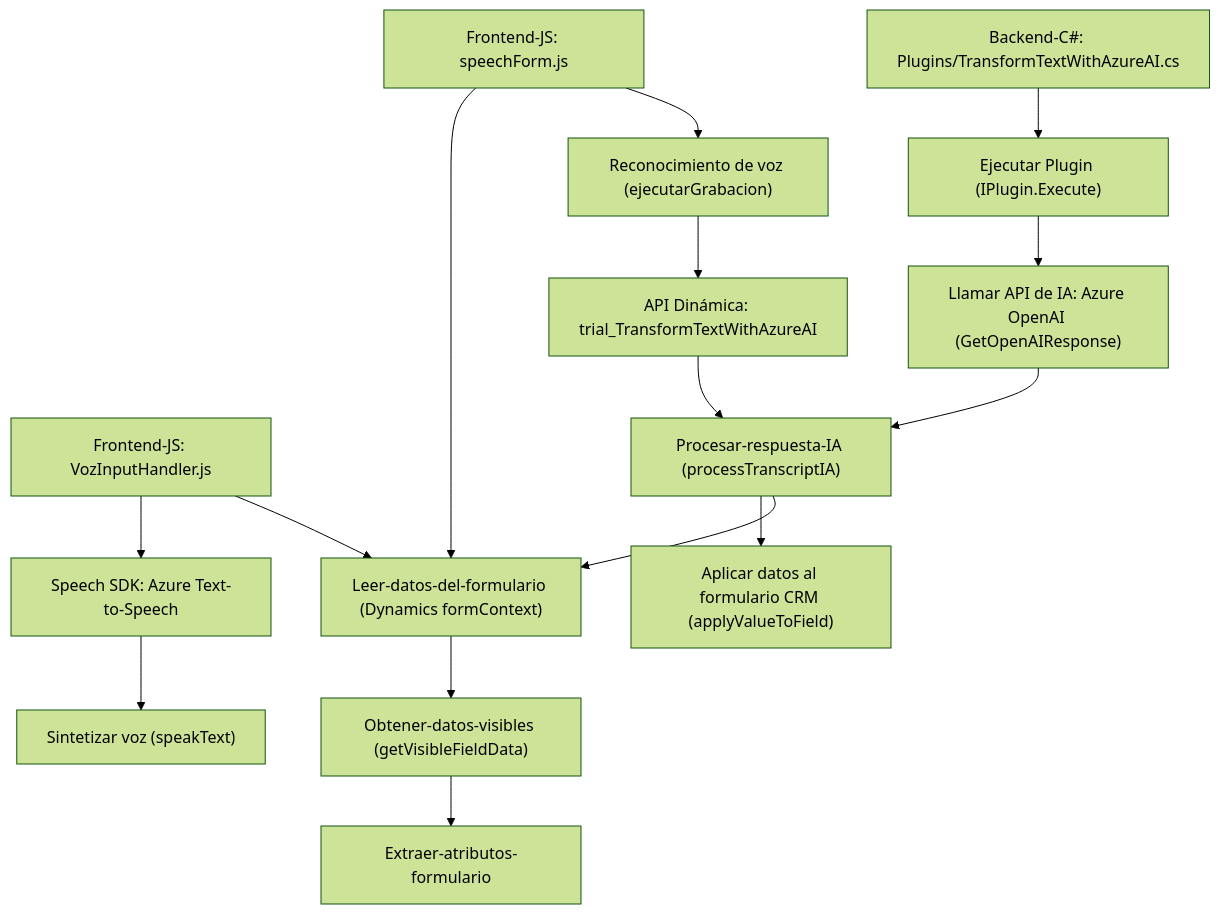
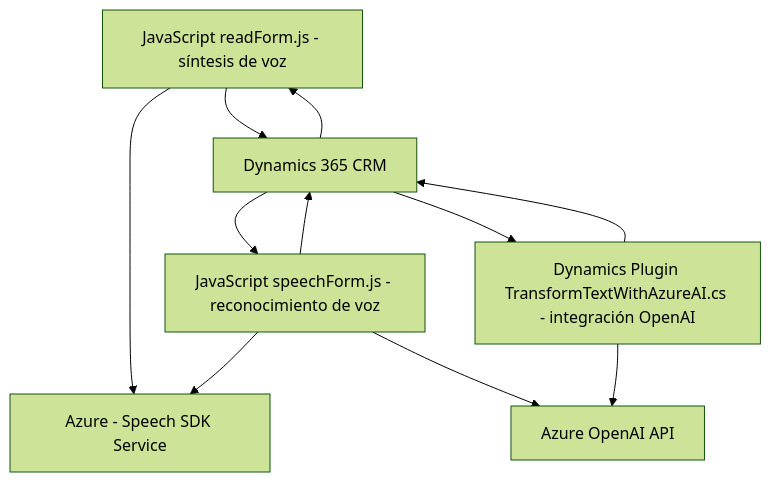
The diagram in README.md (blopezdm/NETCORE_BILBAO2025), drawn with Mermaid (forest theme) before and after one commit. The commit also changed other lines of this file, not shown here.

````diff
--- a/README.md
+++ b/README.md
@@ -43,20 +53,20 @@
 ```mermaid
 graph TD
-    A["Frontend-JS: VozInputHandler.js"] --> B["Speech SDK: Azure Text-to-Speech"]
-    A --> C["Leer-datos-del-formulario (Dynamics formContext)"]
+    A["JavaScript readForm.js - síntesis de voz"]
+    B["JavaScript speechForm.js - reconocimiento de voz"]
+    C["Dynamics Plugin TransformTextWithAzureAI.cs - integración OpenAI"]
+    D["Azure - Speech SDK Service"]
+    E["Azure OpenAI API"]
+    F["Dynamics 365 CRM"]
 
-    C --> D["Obtener-datos-visibles (getVisibleFieldData)"]
-    D --> E["Extraer-atributos-formulario"]
-    B --> F["Sintetizar voz (speakText)"]
-
-    G["Frontend-JS: speechForm.js"] --> C
-    G --> H["Reconocimiento de voz (ejecutarGrabacion)"]
-    H --> I["API Dinámica: trial_TransformTextWithAzureAI"]
-    I --> J["Procesar-respuesta-IA (processTranscriptIA)"]
-    J --> K["Aplicar datos al formulario CRM (applyValueToField)"]
-
-    L["Backend-C#: Plugins/TransformTextWithAzureAI.cs"] --> M["Ejecutar Plugin (IPlugin.Execute)"]
-    M --> N["Llamar API de IA: Azure OpenAI (GetOpenAIResponse)"]
-    N --> J
-    J --> C
+    A --> D
+    A --> F
+    B --> F
+    B --> D
+    B --> E
+    C --> E
+    C --> F
+    F --> A
+    F --> B
+    F --> C
 ```
````
